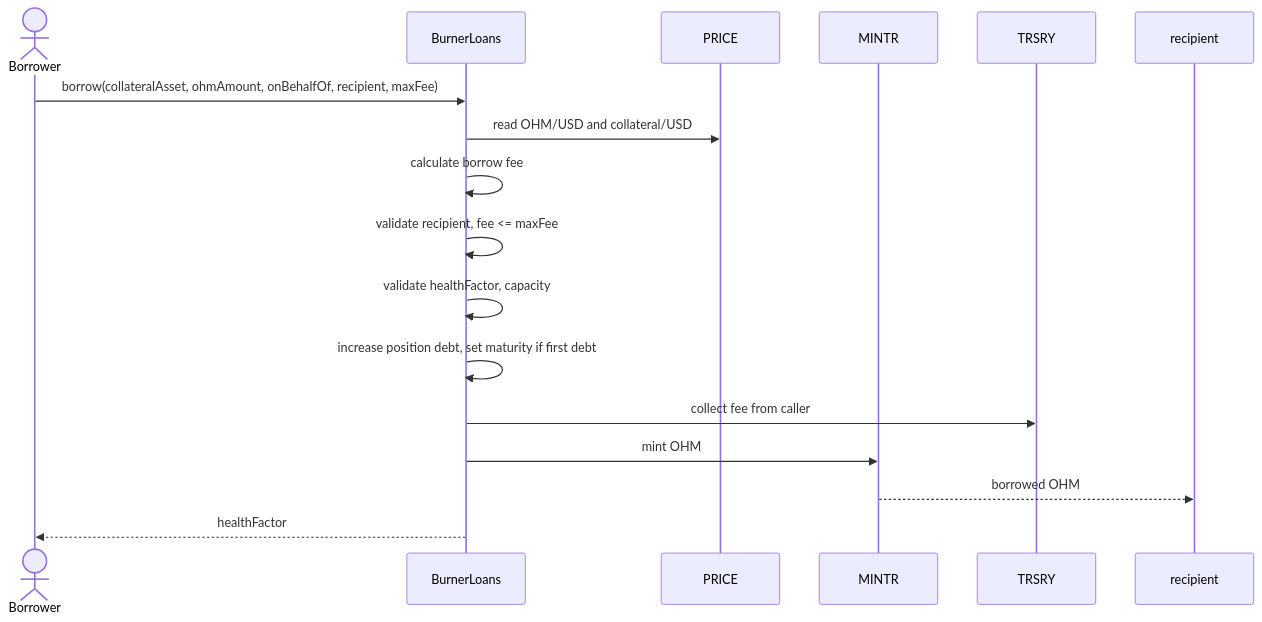
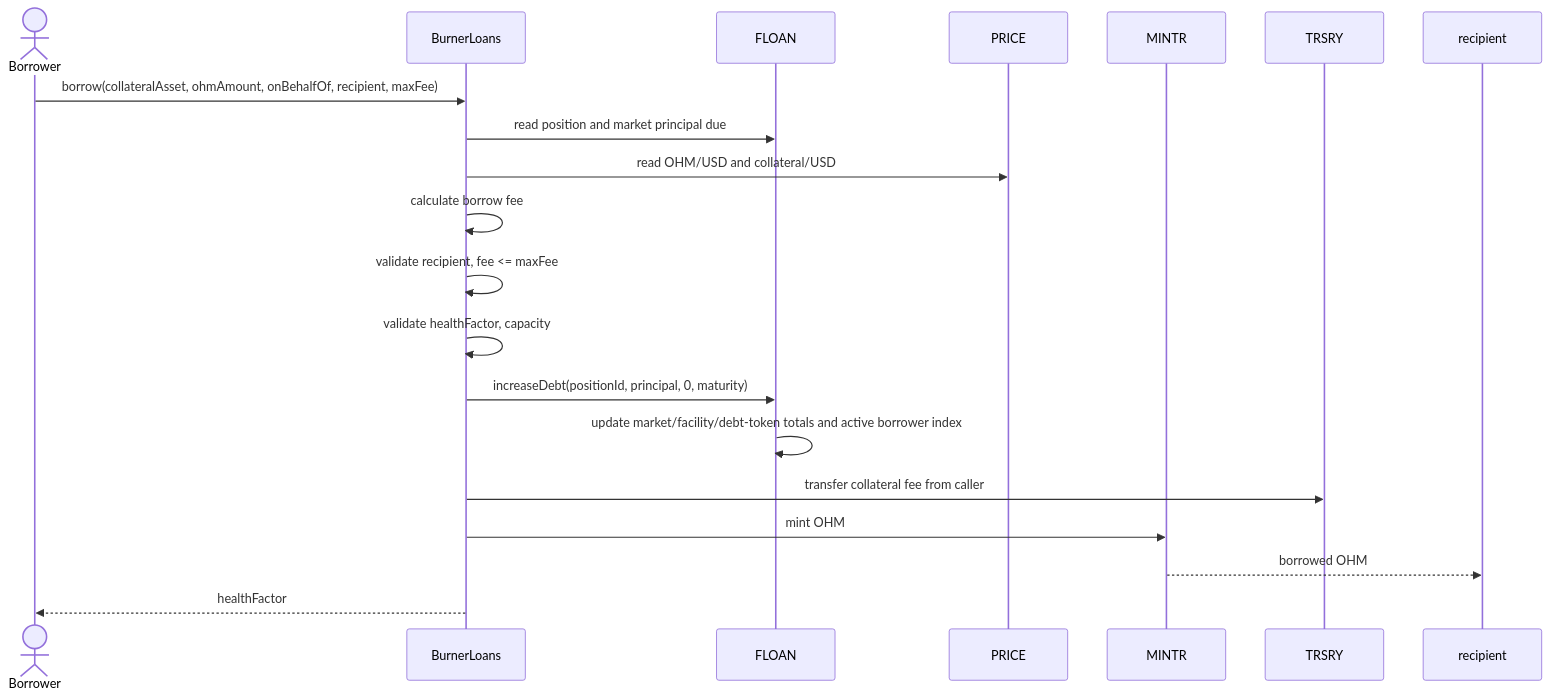
Before and after one commit to OlympusDAO/olympus-v3: the second of 7 diagrams in documentation/burner_loans.md, drawn with Mermaid. The commit also changed other lines of this file and 64 other files, not shown here.

Commit message:
refactor(burner-loans)!: adopt facility-scoped fixed-term markets

````diff
--- a/documentation/burner_loans.md
+++ b/documentation/burner_loans.md
@@ -69,20 +86,23 @@
 ```mermaid
 sequenceDiagram
     actor Borrower
     participant BurnerLoans
+    participant FLOAN
     participant PRICE
     participant MINTR
     participant TRSRY
     participant Recipient as recipient
 
     Borrower->>BurnerLoans: borrow(collateralAsset, ohmAmount, onBehalfOf, recipient, maxFee)
+    BurnerLoans->>FLOAN: read position and market principal due
     BurnerLoans->>PRICE: read OHM/USD and collateral/USD
     BurnerLoans->>BurnerLoans: calculate borrow fee
     BurnerLoans->>BurnerLoans: validate recipient, fee <= maxFee
     BurnerLoans->>BurnerLoans: validate healthFactor, capacity
-    BurnerLoans->>BurnerLoans: increase position debt, set maturity if first debt
-    BurnerLoans->>TRSRY: collect fee from caller
+    BurnerLoans->>FLOAN: increaseDebt(positionId, principal, 0, maturity)
+    FLOAN->>FLOAN: update market/facility/debt-token totals and active borrower index
+    BurnerLoans->>TRSRY: transfer collateral fee from caller
     BurnerLoans->>MINTR: mint OHM
     MINTR-->>Recipient: borrowed OHM
     BurnerLoans-->>Borrower: healthFactor
 ```
````
